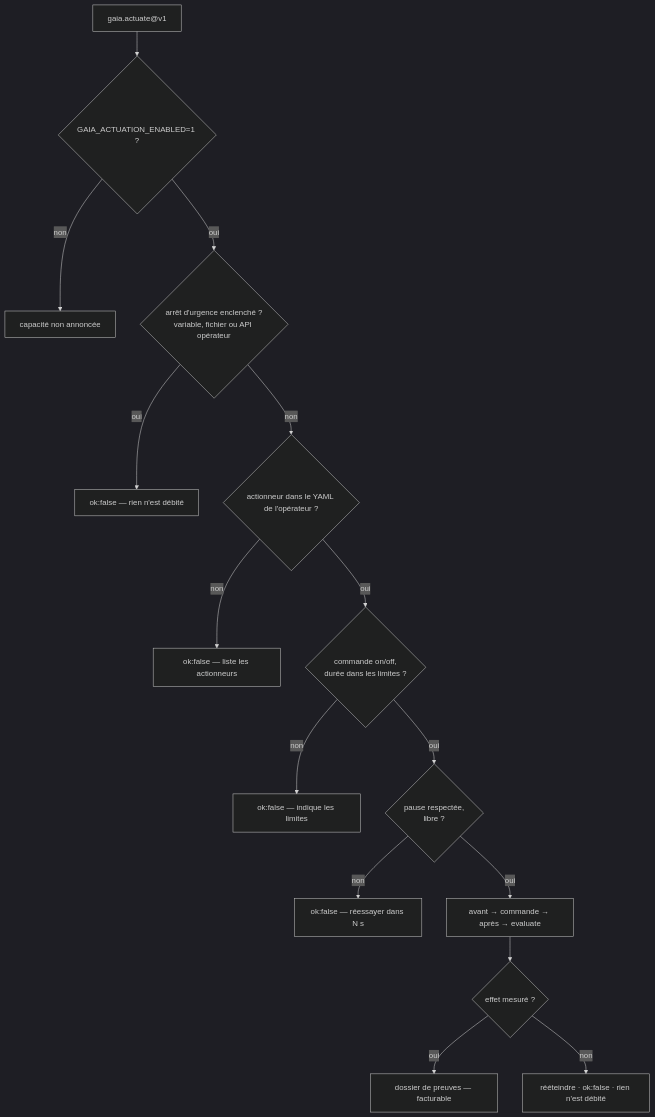
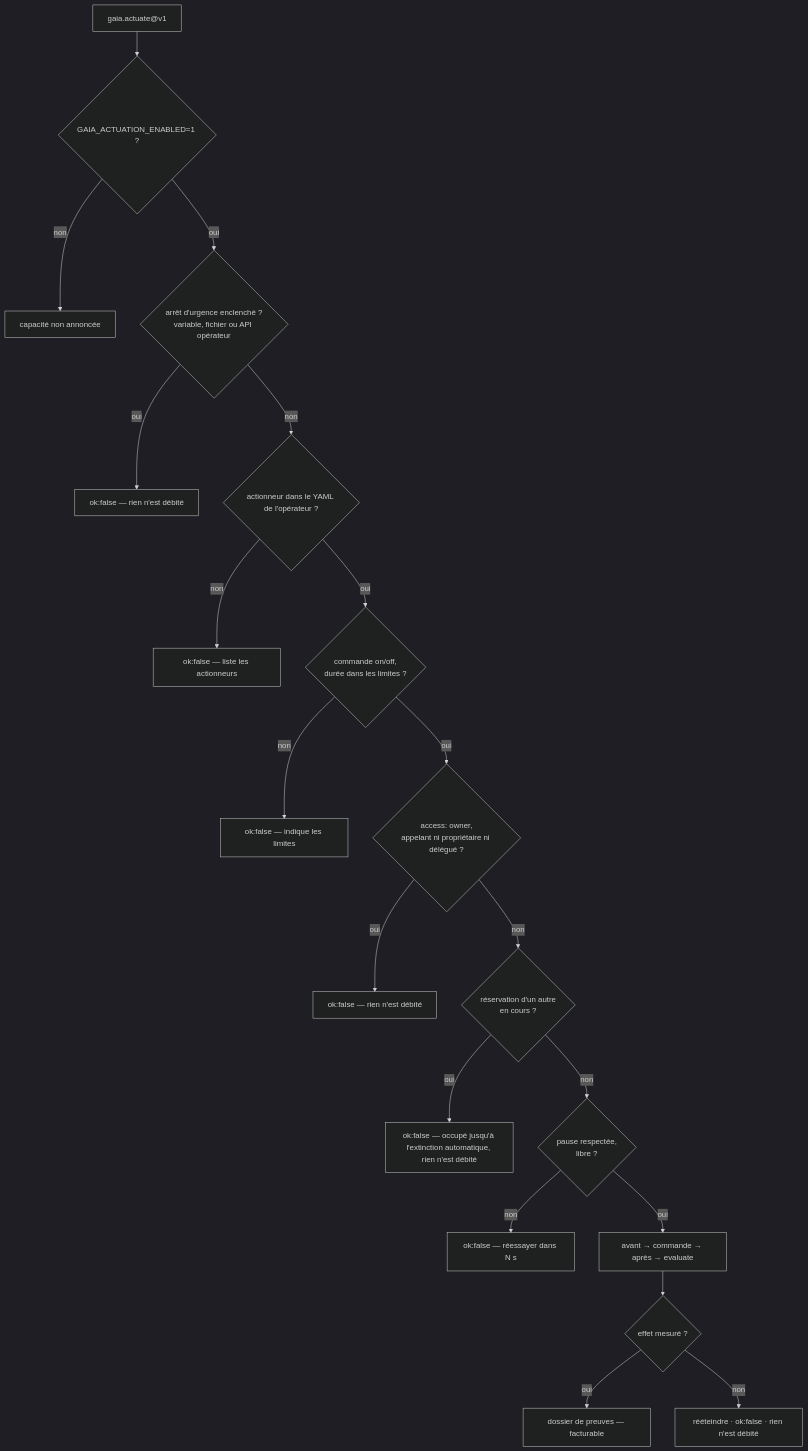
The fourth of 8 diagrams in docs/i18n/ACTUATION.fr.md (alexar76/gaia), drawn with Mermaid (dark theme) before and after one commit. The commit also changed other lines of this file and 50 other files, not shown here.

````diff
--- a/docs/i18n/ACTUATION.fr.md
+++ b/docs/i18n/ACTUATION.fr.md
@@ -153,17 +191,21 @@
 ```mermaid
 flowchart TD
     A["gaia.actuate@v1"] --> B{GAIA_ACTUATION_ENABLED=1 ?}
     B -- non --> X1[capacité non annoncée]
     B -- oui --> C{arrêt d'urgence enclenché ?<br/>variable, fichier ou API opérateur}
     C -- oui --> X2[ok:false — rien n'est débité]
     C -- non --> D{actionneur dans le YAML de l'opérateur ?}
     D -- non --> X3[ok:false — liste les actionneurs]
     D -- oui --> E{commande on/off,<br/>durée dans les limites ?}
     E -- non --> X4[ok:false — indique les limites]
-    E -- oui --> F{pause respectée,<br/>libre ?}
+    E -- oui --> AC{"access: owner,<br/>appelant ni propriétaire ni délégué ?"}
+    AC -- oui --> X6["ok:false — rien n'est débité"]
+    AC -- non --> L{"réservation d'un autre<br/>en cours ?"}
+    L -- oui --> X7["ok:false — occupé jusqu'à l'extinction automatique, rien n'est débité"]
+    L -- non --> F{pause respectée,<br/>libre ?}
     F -- non --> X5[ok:false — réessayer dans N s]
     F -- oui --> G[avant → commande → après → evaluate]
     G --> H{effet mesuré ?}
     H -- oui --> OK[dossier de preuves — facturable]
     H -- non --> OFF[rééteindre · ok:false · rien n'est débité]
 ```
````
